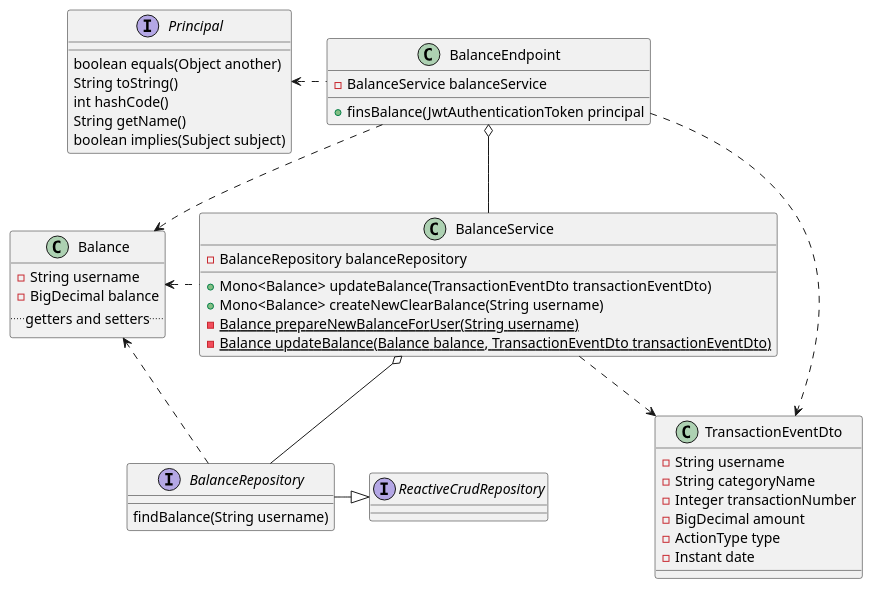
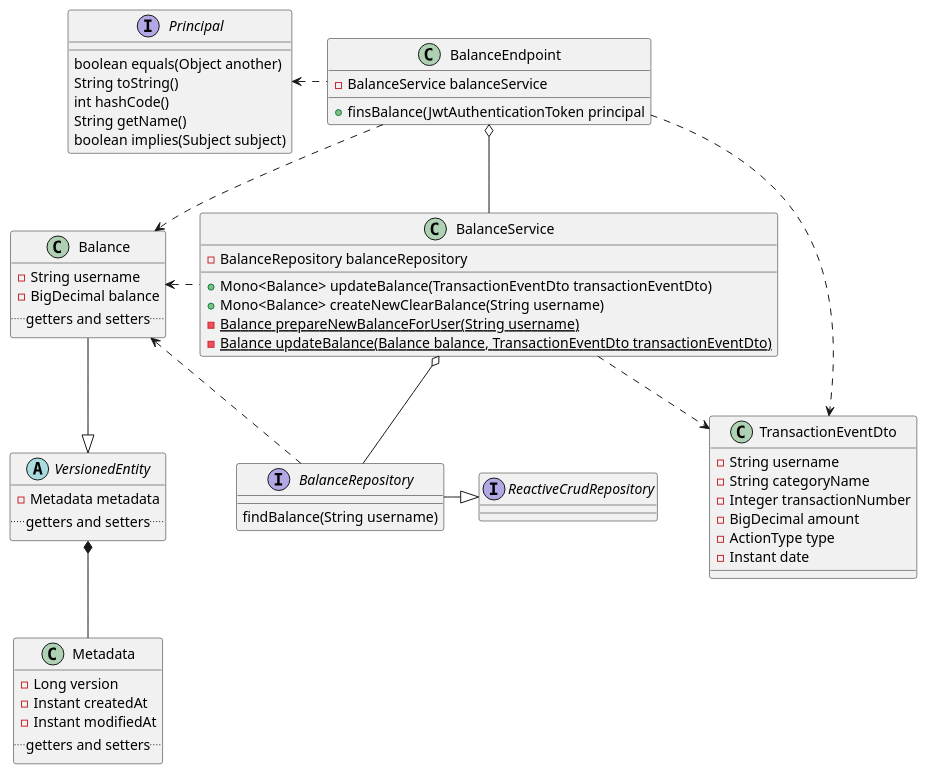
Before and after one commit to lukaszse/simple-bills: the diagram in planning/diagrams/balance-class-doagra.puml, drawn with PlantUML. The commit also changed 4 other files, not shown here.

Commit message:
add balance class diagram + bump libraries

```diff
--- a/planning/diagrams/balance-class-doagra.puml
+++ b/planning/diagrams/balance-class-doagra.puml
@@ -1,56 +1,70 @@
 @startuml
 'https://plantuml.com/class-diagram
 
 class BalanceEndpoint {
     -BalanceService balanceService
     +finsBalance(JwtAuthenticationToken principal
 }
 
 class Balance {
     -String username
     -BigDecimal balance
+    .. getters and setters ..
+}
+
+abstract class VersionedEntity {
+    -Metadata metadata
+    .. getters and setters ..
+}
+
+class Metadata {
+    -Long version
+    -Instant createdAt
+    -Instant modifiedAt
     .. getters and setters ..
 }
 
 class BalanceService {
     -BalanceRepository balanceRepository
     +Mono<Balance> updateBalance(TransactionEventDto transactionEventDto)
     +Mono<Balance> createNewClearBalance(String username)
     -{static} Balance prepareNewBalanceForUser(String username)
     -{static}Balance updateBalance(Balance balance, TransactionEventDto transactionEventDto)
 }
 
 interface Principal {
     boolean equals(Object another)
     String toString()
     int hashCode()
     String getName()
     boolean implies(Subject subject)
 }
 
 interface BalanceRepository {
     findBalance(String username)
 }
 
 class TransactionEventDto {
         -String username
         -String categoryName
         -Integer transactionNumber
         -BigDecimal amount
         -ActionType type
         -Instant date
 }
 
 interface ReactiveCrudRepository
 
 BalanceEndpoint .left.> Principal
 BalanceEndpoint o-- BalanceService
 BalanceEndpoint ..> Balance
 BalanceService .left.> Balance
 BalanceRepository ..> Balance
 BalanceService o-- BalanceRepository
 BalanceRepository -right-|> ReactiveCrudRepository
 BalanceEndpoint ..> TransactionEventDto
 BalanceService ..> TransactionEventDto
+Balance --|> VersionedEntity
+VersionedEntity *-- Metadata
 
 @enduml
```
